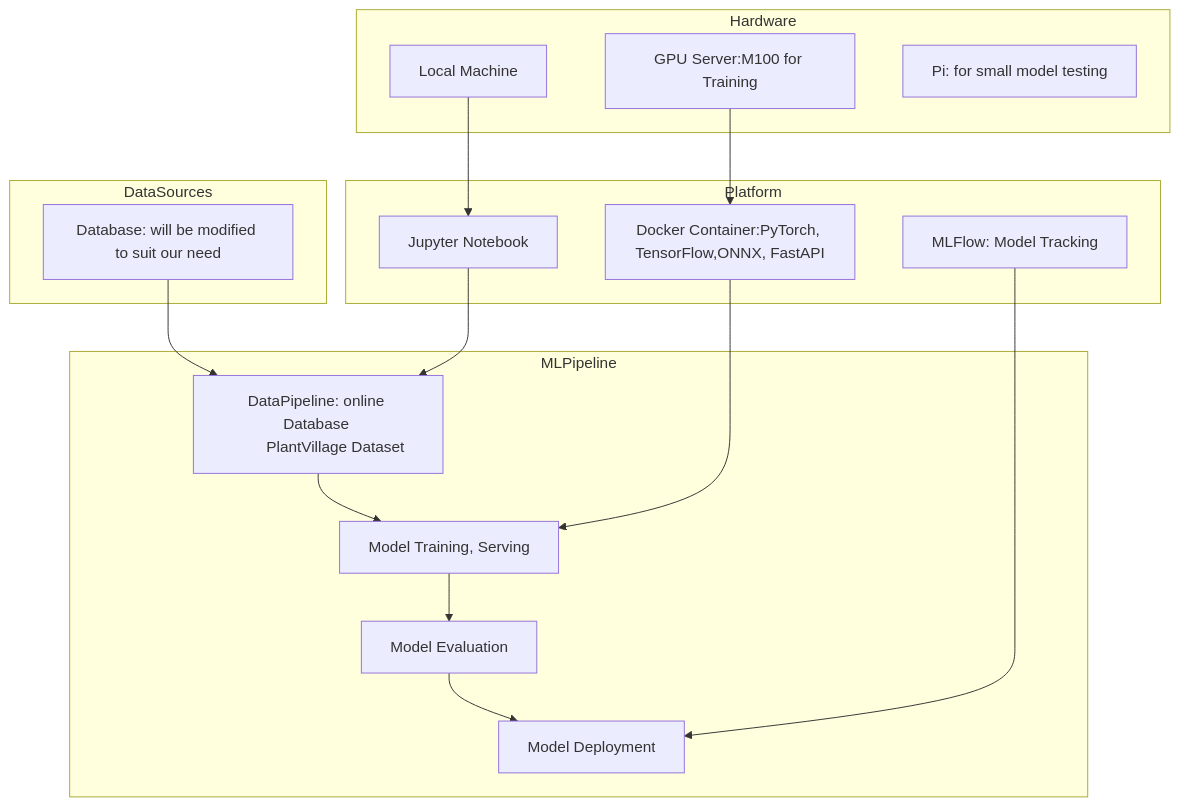
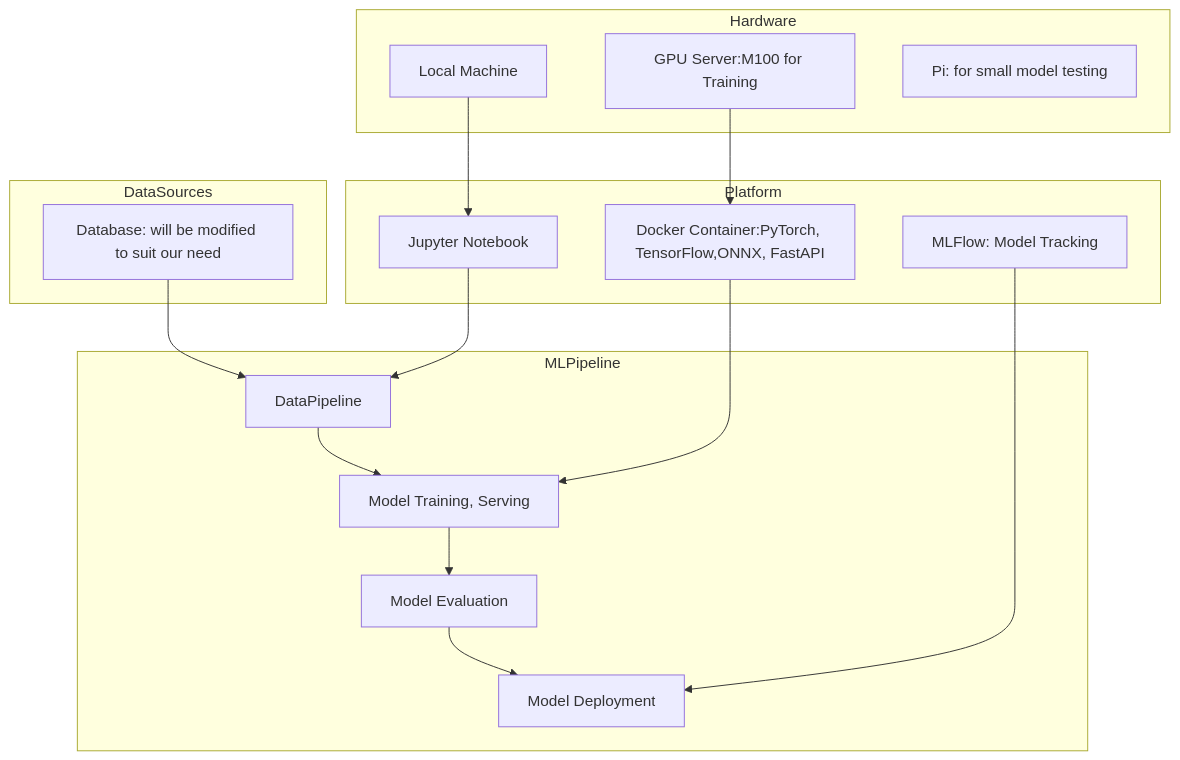
The diagram in README.md (Ruibin2000/MLSystemProject_rc5018_jt4850_sj4025), drawn with Mermaid before and after one commit.

````diff
--- a/README.md
+++ b/README.md
@@ -54,37 +54,36 @@
 ```mermaid
 graph TD
     subgraph Hardware
         A1[Local Machine]
         A2[GPU Server:M100 for Training]
         A3[Pi: for small model testing]
     end
 
     subgraph DataSources
         D1[Database: will be modified to suit our need]
     end
 
     subgraph Platform
         P1[Jupyter Notebook]
         P2[Docker Container:PyTorch, TensorFlow,ONNX, FastAPI]
         P3[MLFlow: Model Tracking]
     end
 
     subgraph MLPipeline
-        M1[DataPipeline: online Database 
-        PlantVillage Dataset]
+        M1[DataPipeline]
         M2[Model Training, Serving]
         M3[Model Evaluation]
         M4[Model Deployment]
     end
 
     D1 --> M1
     M1 --> M2
     M2 --> M3
     M3 --> M4
 
     P1 --> M1
     P2 --> M2
     P3 --> M4
     A2 --> P2
     A1 --> P1
 ```
````
